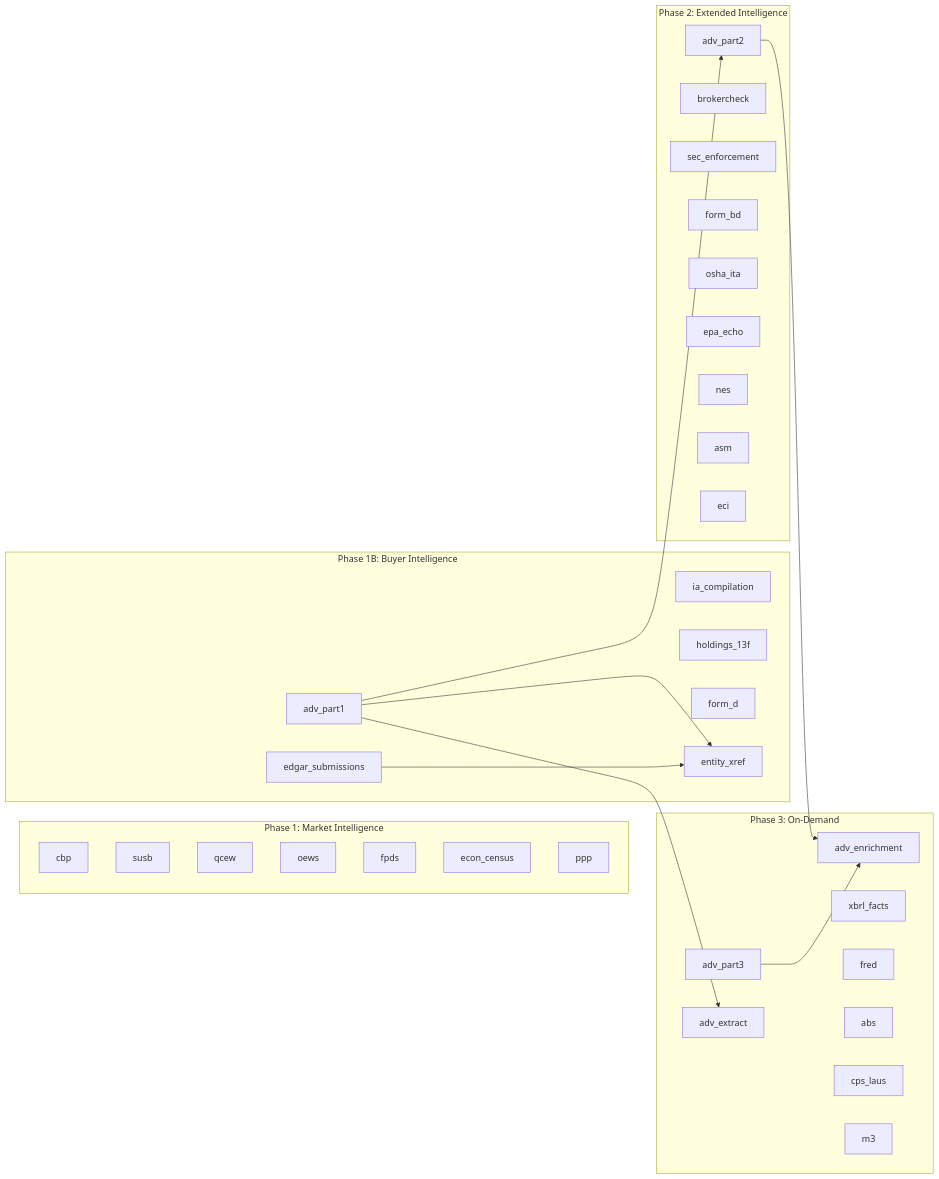
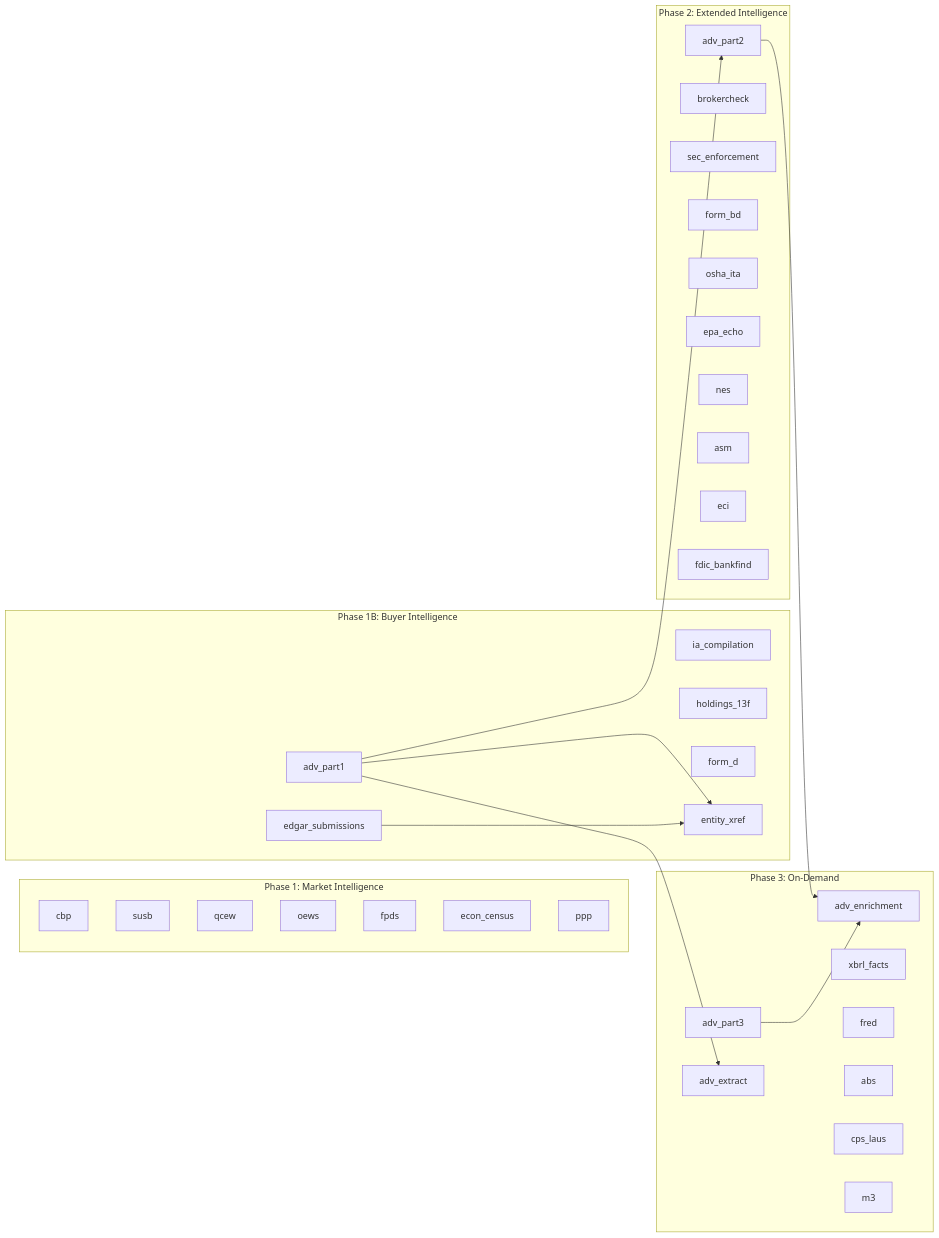
One commit to sells-group/research-cli changed the second of 3 diagrams in docs/fedsync-catalog.md. Above: the diagram before and after it, drawn with Mermaid. The commit also changed other lines of this file and 1 other file, not shown here.

First line of the commit message:
Add geo backfill-fdic command and update catalog (SELDEV-739)

````diff
--- a/docs/fedsync-catalog.md
+++ b/docs/fedsync-catalog.md
@@ -69,51 +70,52 @@
 ```mermaid
 graph LR
     subgraph "Phase 1: Market Intelligence"
         CBP[cbp]
         SUSB[susb]
         QCEW[qcew]
         OEWS[oews]
         FPDS[fpds]
         EconCensus[econ_census]
         PPP[ppp]
     end
 
     subgraph "Phase 1B: Buyer Intelligence"
         ADV1[adv_part1]
         IA[ia_compilation]
         H13F[holdings_13f]
         FormD[form_d]
         EDGAR[edgar_submissions]
         XRef[entity_xref]
     end
 
     subgraph "Phase 2: Extended Intelligence"
         ADV2[adv_part2]
         BC[brokercheck]
         SECEnf[sec_enforcement]
         FormBD[form_bd]
         OSHA[osha_ita]
         EPAECHO[epa_echo]
         NES[nes]
         ASM[asm]
         ECI[eci]
+        FDIC[fdic_bankfind]
     end
 
     subgraph "Phase 3: On-Demand"
         ADV3[adv_part3]
         ADVEnrich[adv_enrichment]
         ADVExtract[adv_extract]
         XBRL[xbrl_facts]
         FRED[fred]
         ABS[abs]
         CPSLAUS[cps_laus]
         M3[m3]
     end
 
     ADV1 --> XRef
     EDGAR --> XRef
     ADV1 --> ADV2
     ADV2 --> ADVEnrich
     ADV3 --> ADVEnrich
     ADV1 --> ADVExtract
 ```
````
